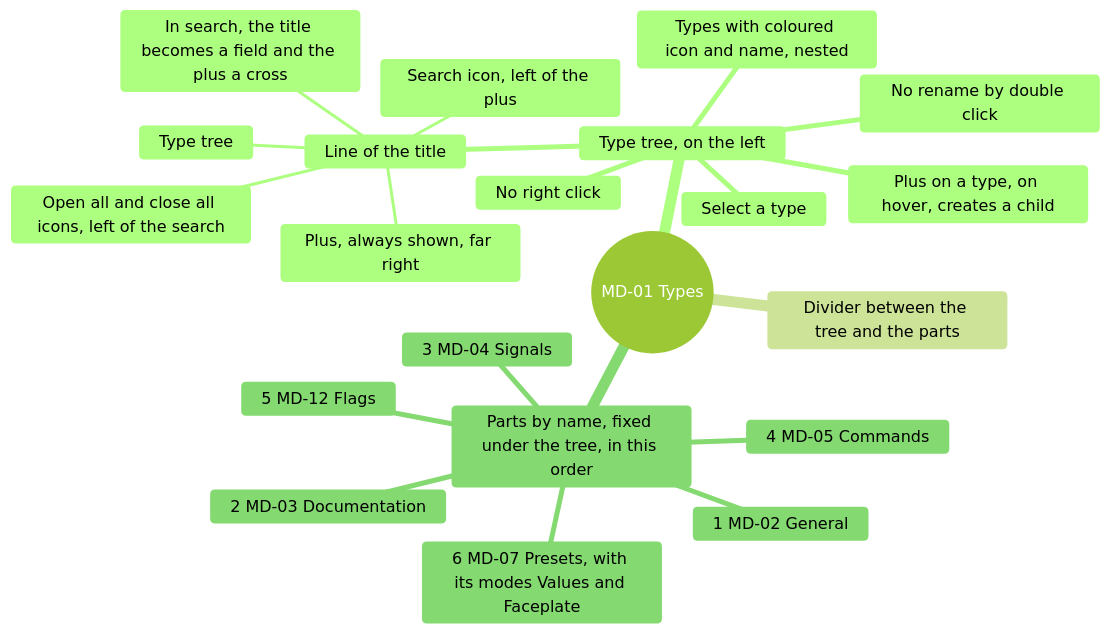
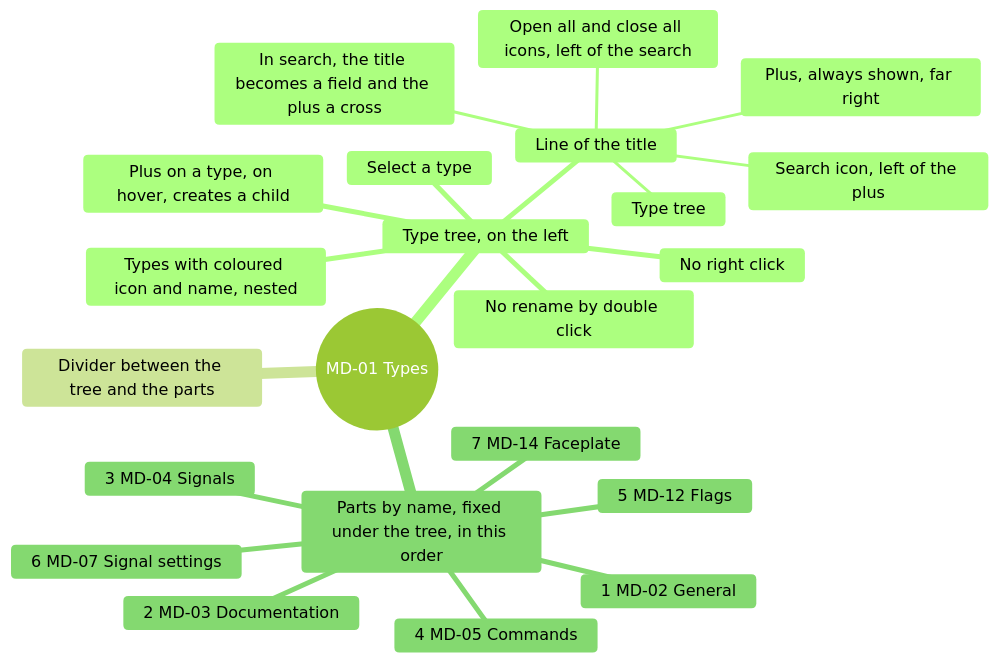
One commit to AlexandreGallais/synoptic-studio-spec changed the second of 17 diagrams in screens/metadata.md. Above: the diagram before and after it, drawn with Mermaid (forest theme). The commit also changed other lines of this file and 81 other files, not shown here.

First line of the commit message:
docs(metadata): remove presets, add signal settings and faceplate parts

````diff
--- a/screens/metadata.md
+++ b/screens/metadata.md
@@ -44,24 +44,25 @@
 ```mermaid
 mindmap
   root((MD-01 Types))
     Type tree, on the left
       Line of the title
         Type tree
         Open all and close all icons, left of the search
         Search icon, left of the plus
         Plus, always shown, far right
         In search, the title becomes a field and the plus a cross
       Types with coloured icon and name, nested
       Plus on a type, on hover, creates a child
       Select a type
       No right click
       No rename by double click
     Divider between the tree and the parts
     Parts by name, fixed under the tree, in this order
       1 MD-02 General
       2 MD-03 Documentation
       3 MD-04 Signals
       4 MD-05 Commands
       5 MD-12 Flags
-      6 MD-07 Presets, with its modes Values and Faceplate
+      6 MD-07 Signal settings
+      7 MD-14 Faceplate
 ```
````
